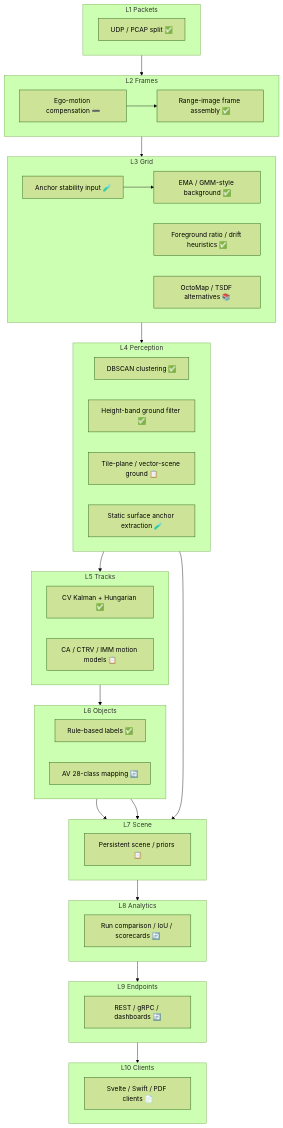
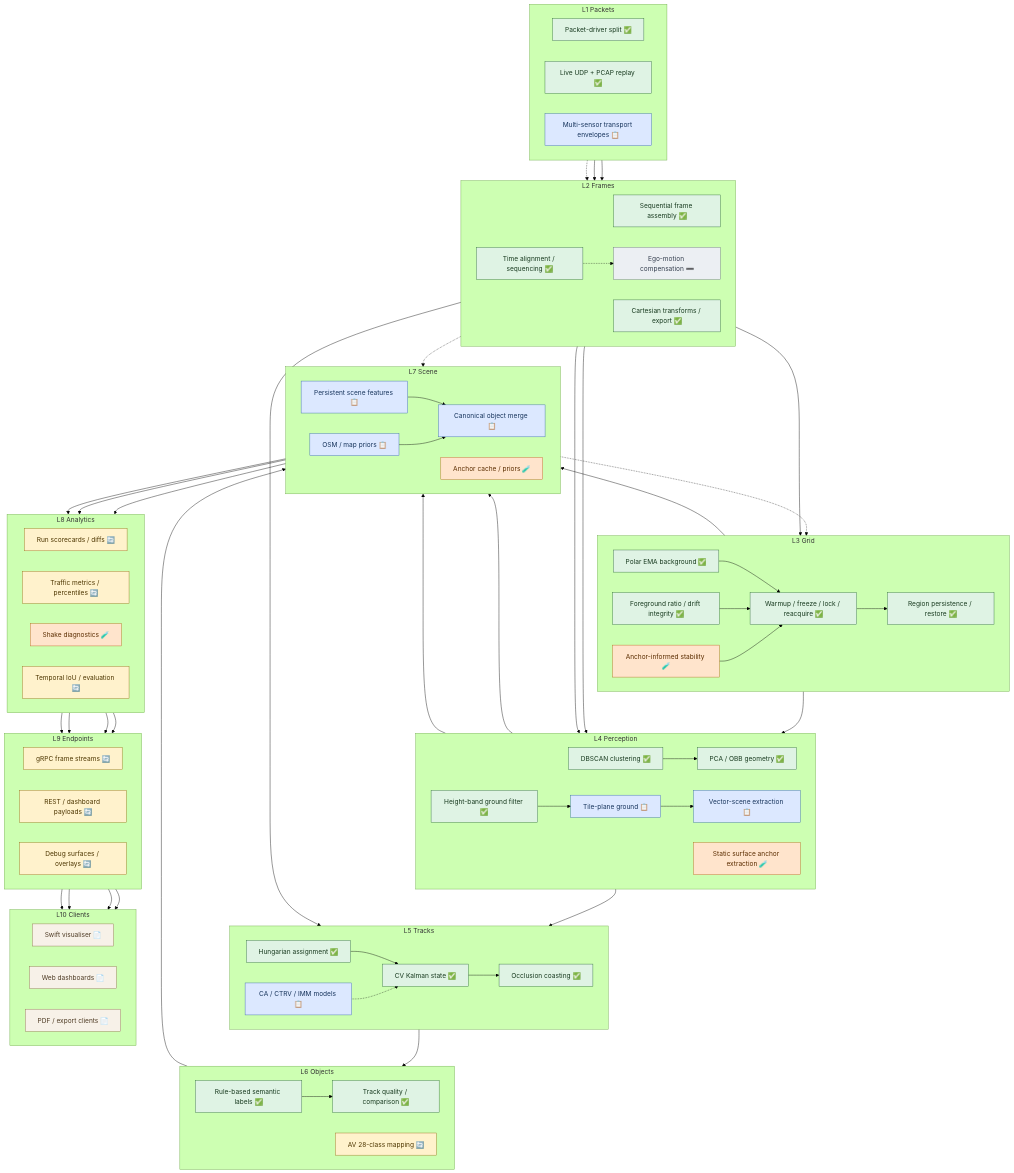
The diagram in docs/lidar/architecture/lidar-data-layer-model.md (banshee-data/velocity.report), drawn with Mermaid (forest theme) before and after one commit. The commit also changed other lines of this file and 2 other files, not shown here.

Commit message:
Clarify lidar mermaid charts

````diff
--- a/docs/lidar/architecture/lidar-data-layer-model.md
+++ b/docs/lidar/architecture/lidar-data-layer-model.md
@@ -48,67 +44,145 @@
 ```mermaid
 flowchart TD
+    classDef implemented fill:#dff3e4,stroke:#2f6b3b,color:#183a1f;
+    classDef partial fill:#fff2cc,stroke:#9a6b16,color:#4d3600;
+    classDef planned fill:#dce8ff,stroke:#3567a8,color:#17345c;
+    classDef proposal fill:#ffe4cc,stroke:#b8631b,color:#5b2d00;
+    classDef reference fill:#eceff3,stroke:#6b7280,color:#374151;
+    classDef client fill:#f7f1e8,stroke:#8b6f47,color:#4e3b24;
+
     subgraph L1["L1 Packets"]
         direction LR
-        C11["UDP / PCAP split ✅"]
+        A11["Packet-driver split ✅"]
+        A12["Live UDP + PCAP replay ✅"]
+        A13["Multi-sensor transport envelopes 📋"]
     end
 
     subgraph L2["L2 Frames"]
         direction LR
-        C12["Range-image frame assembly ✅"]
-        C13["Ego-motion compensation ➖"]
+        A21["Sequential frame assembly ✅"]
+        A22["Cartesian transforms / export ✅"]
+        A23["Time alignment / sequencing ✅"]
+        A24["Ego-motion compensation ➖"]
     end
 
     subgraph L3["L3 Grid"]
         direction LR
-        C21["EMA / GMM-style background ✅"]
-        C22["Foreground ratio / drift heuristics ✅"]
-        C23["Anchor stability input 🧪"]
-        C24["OctoMap / TSDF alternatives 📚"]
+        A31["Polar EMA background ✅"]
+        A32["Warmup / freeze / lock / reacquire ✅"]
+        A33["Region persistence / restore ✅"]
+        A34["Foreground ratio / drift integrity ✅"]
+        A35["Anchor-informed stability 🧪"]
     end
 
     subgraph L4["L4 Perception"]
         direction LR
-        C31["DBSCAN clustering ✅"]
-        C32["Height-band ground filter ✅"]
-        C33["Tile-plane / vector-scene ground 📋"]
-        C34["Static surface anchor extraction 🧪"]
+        A41["Height-band ground filter ✅"]
+        A42["DBSCAN clustering ✅"]
+        A43["PCA / OBB geometry ✅"]
+        A44["Tile-plane ground 📋"]
+        A45["Vector-scene extraction 📋"]
+        A46["Static surface anchor extraction 🧪"]
     end
 
     subgraph L5["L5 Tracks"]
         direction LR
-        C41["CV Kalman + Hungarian ✅"]
-        C42["CA / CTRV / IMM motion models 📋"]
+        A51["CV Kalman state ✅"]
+        A52["Hungarian assignment ✅"]
+        A53["Occlusion coasting ✅"]
+        A54["CA / CTRV / IMM models 📋"]
     end
 
     subgraph L6["L6 Objects"]
         direction LR
-        C43["Rule-based labels ✅"]
-        C44["AV 28-class mapping 🔄"]
+        A61["Rule-based semantic labels ✅"]
+        A62["Track quality / comparison ✅"]
+        A63["AV 28-class mapping 🔄"]
     end
 
     subgraph L7["L7 Scene"]
         direction LR
-        C51["Persistent scene / priors 📋"]
+        A71["Persistent scene features 📋"]
+        A72["Canonical object merge 📋"]
+        A73["OSM / map priors 📋"]
+        A74["Anchor cache / priors 🧪"]
     end
 
     subgraph L8["L8 Analytics"]
         direction LR
-        C52["Run comparison / IoU / scorecards 🔄"]
+        A81["Run scorecards / diffs 🔄"]
+        A82["Traffic metrics / percentiles 🔄"]
+        A83["Shake diagnostics 🧪"]
+        A84["Temporal IoU / evaluation 🔄"]
     end
 
     subgraph L9["L9 Endpoints"]
         direction LR
-        C53["REST / gRPC / dashboards 🔄"]
+        A91["gRPC frame streams 🔄"]
+        A92["REST / dashboard payloads 🔄"]
+        A93["Debug surfaces / overlays 🔄"]
     end
 
     subgraph L10["L10 Clients"]
         direction LR
-        C54["Svelte / Swift / PDF clients 📄"]
+        A101["Swift visualiser 📄"]
+        A102["Web dashboards 📄"]
+        A103["PDF / export clients 📄"]
     end
 
-    C11 --> C12 --> C21 --> C31 --> C41 --> C43 --> C51 --> C52 --> C53 --> C54
-    C13 --> C12
-    C23 --> C21
-    C34 --> C51
-    C44 --> C51
+    A11 --> A21
+    A12 --> A23
+    A13 -.-> A23
+
+    A21 --> A31
+    A22 --> A41
+    A22 --> A42
+    A23 --> A52
+    A23 -.-> A24
+    A24 -.-> A72
+
+    A31 --> A32
+    A32 --> A42
+    A32 --> A33
+    A34 --> A32
+    A35 --> A32
+
+    A41 --> A44
+    A42 --> A43
+    A43 --> A52
+    A44 --> A45
+    A45 --> A71
+    A46 --> A74
+
+    A52 --> A51
+    A51 --> A53
+    A54 -.-> A51
+    A53 --> A61
+
+    A61 --> A62
+    A63 --> A72
+
+    A33 --> A71
+    A71 --> A72
+    A73 --> A72
+    A74 --> A83
+    A74 -.-> A35
+
+    A72 --> A81
+    A72 --> A82
+    A83 --> A93
+    A84 --> A91
+    A81 --> A91
+    A82 --> A92
+
+    A91 --> A101
+    A92 --> A102
+    A93 --> A101
+    A93 --> A103
+
+    class A11,A12,A21,A22,A23,A31,A32,A33,A34,A41,A42,A43,A51,A52,A53,A61,A62 implemented;
+    class A63,A81,A82,A84,A91,A92,A93 partial;
+    class A13,A44,A45,A54,A71,A72,A73 planned;
+    class A35,A46,A74,A83 proposal;
+    class A24 reference;
+    class A101,A102,A103 client;
 ```
````
